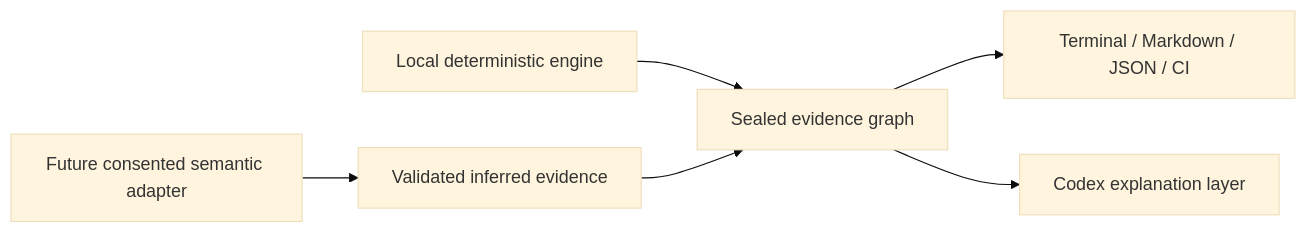
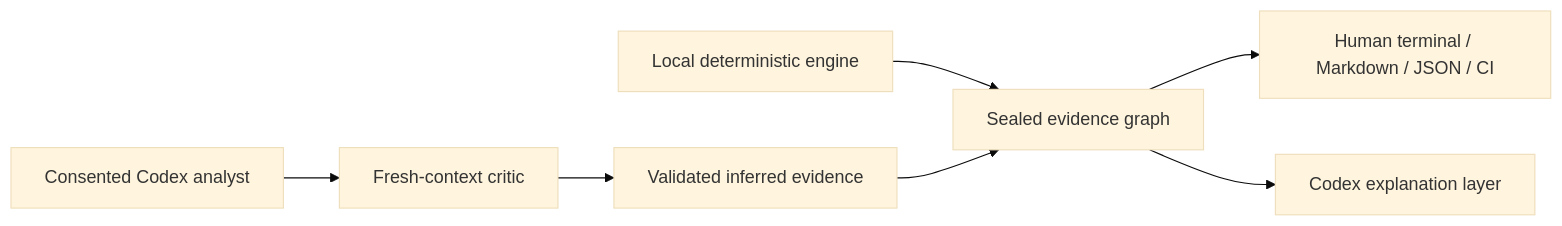
The diagram in README.md (CHEology/agent-doctor), drawn with Mermaid (base theme) before and after one commit. The commit also changed other lines of this file and 40 other files, not shown here.

````diff
--- a/README.md
+++ b/README.md
@@ -22,8 +25,9 @@
 ```mermaid
 flowchart LR
     A["Local deterministic engine"] --> B["Sealed evidence graph"]
-    B --> C["Terminal / Markdown / JSON / CI"]
+    B --> C["Human terminal / Markdown / JSON / CI"]
     B --> D["Codex explanation layer"]
-    E["Future consented semantic adapter"] --> F["Validated inferred evidence"]
-    F --> B
+    E["Consented Codex analyst"] --> F["Fresh-context critic"]
+    F --> G["Validated inferred evidence"]
+    G --> B
 ```
````
